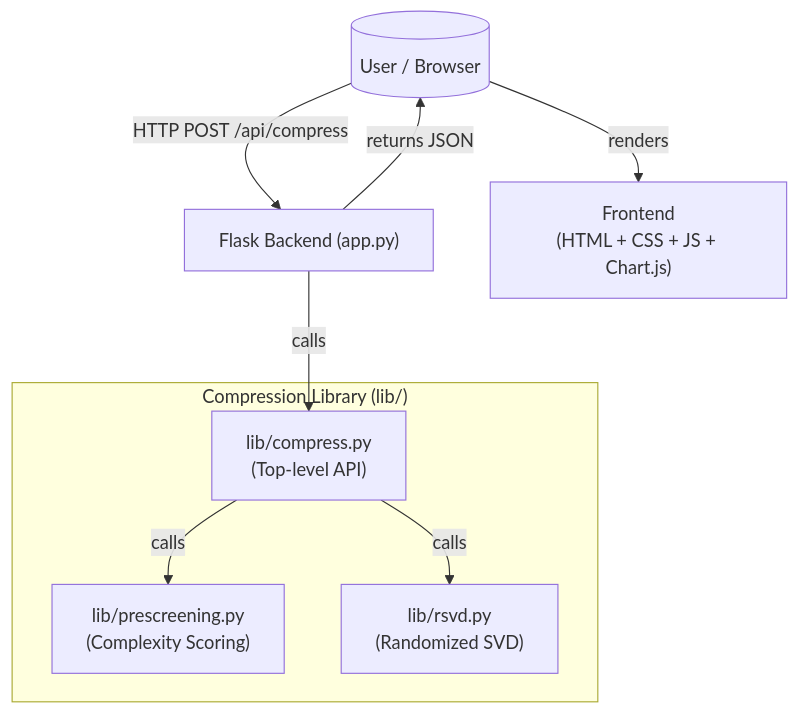
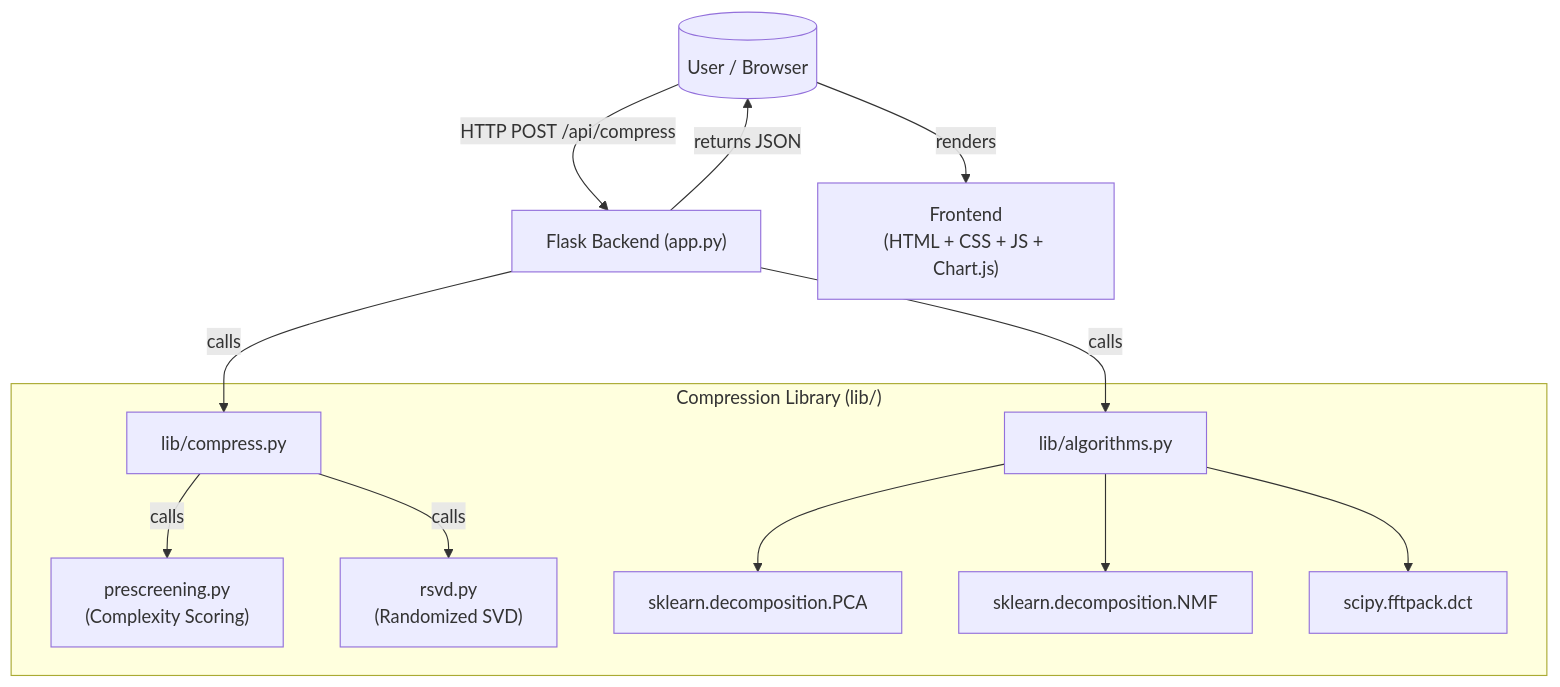
The first of 2 diagrams in README.md (raghavkp2006-ux/svdcompressor), drawn with Mermaid before and after one commit. The commit also changed other lines of this file and 6 other files, not shown here.

Commit message:
Implement PCA, NMF, DCT, Adaptive mode for PCA, and Algorithm Speed Benchmark

````diff
--- a/README.md
+++ b/README.md
@@ -30,12 +34,17 @@
 ```mermaid
 graph TD
     U[("User / Browser")] -->|HTTP POST /api/compress| F["Flask Backend (app.py)"]
     F -->|returns JSON| U
     U -->|renders| FE["Frontend\n(HTML + CSS + JS + Chart.js)"]
-    F -->|calls| C["lib/compress.py\n(Top-level API)"]
+    
+    F -->|calls| C["lib/compress.py"]
+    F -->|calls| A["lib/algorithms.py"]
 
     subgraph "Compression Library (lib/)"
-        C -->|calls| PS["lib/prescreening.py\n(Complexity Scoring)"]
-        C -->|calls| RV["lib/rsvd.py\n(Randomized SVD)"]
+        C -->|calls| PS["prescreening.py\n(Complexity Scoring)"]
+        C -->|calls| RV["rsvd.py\n(Randomized SVD)"]
+        A --> PCA["sklearn.decomposition.PCA"]
+        A --> NMF["sklearn.decomposition.NMF"]
+        A --> DCT["scipy.fftpack.dct"]
     end
 ```
````
